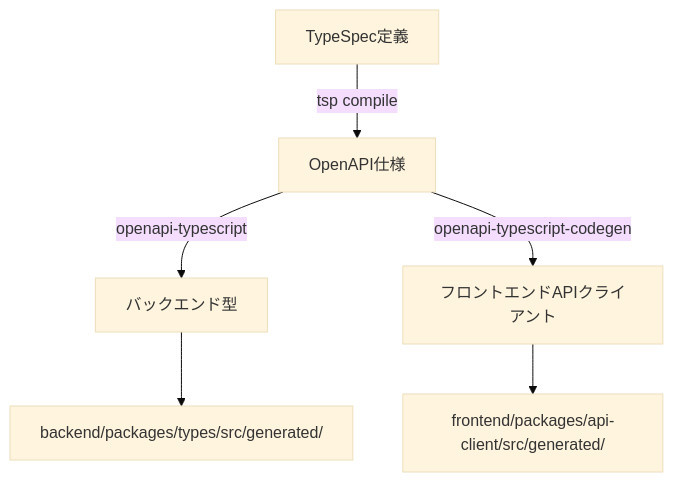
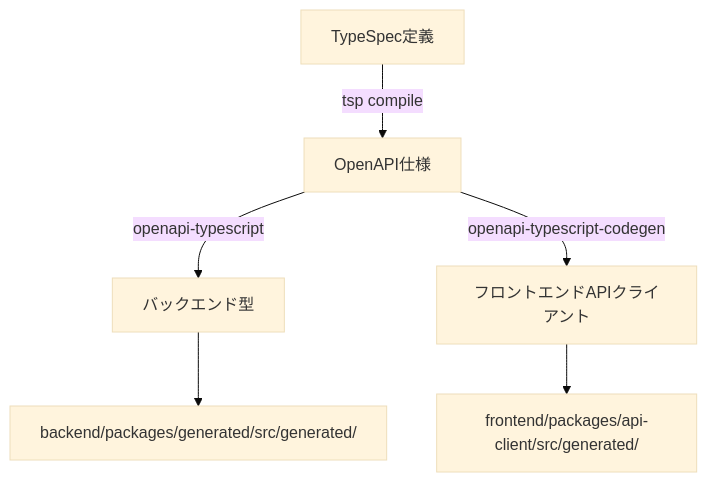
Before and after one commit to Higashi-Kota/typescript-backend-api-first-lesson: the diagram in docs/development-workflow.md, drawn with Mermaid (base theme). The commit also changed other lines of this file and 52 other files, not shown here.

````diff
--- a/docs/development-workflow.md
+++ b/docs/development-workflow.md
@@ -136,9 +136,9 @@
 ```mermaid
 graph TD
     A[TypeSpec定義] -->|tsp compile| B[OpenAPI仕様]
     B -->|openapi-typescript| C[バックエンド型]
     B -->|openapi-typescript-codegen| D[フロントエンドAPIクライアント]
     
-    C --> E[backend/packages/types/src/generated/]
+    C --> E[backend/packages/generated/src/generated/]
     D --> F[frontend/packages/api-client/src/generated/]
 ```
````
